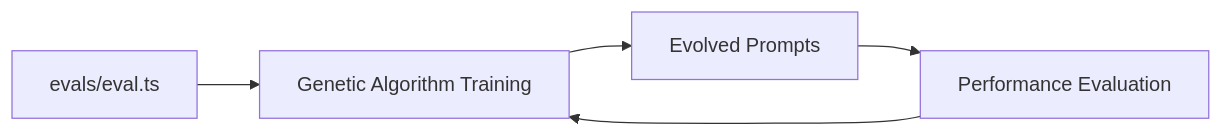
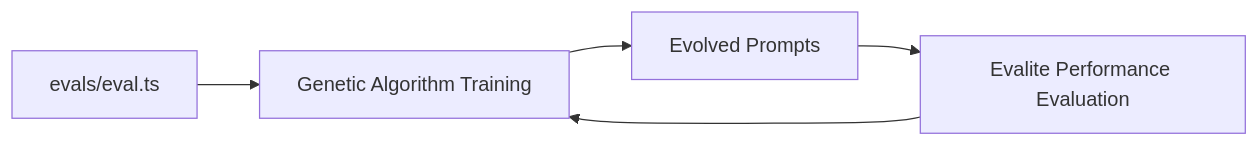
The diagram in evals/README.md (jongrantwritescode/promptgen), drawn with Mermaid before and after one commit. The commit also changed other lines of this file and 11 other files, not shown here.

````diff
--- a/evals/README.md
+++ b/evals/README.md
@@ -44,7 +44,7 @@
 ```mermaid
 graph LR
     A[evals/eval.ts] --> B[Genetic Algorithm Training]
     B --> C[Evolved Prompts]
-    C --> D[Performance Evaluation]
+    C --> D[Evalite Performance Evaluation]
     D --> B
 ```
````
